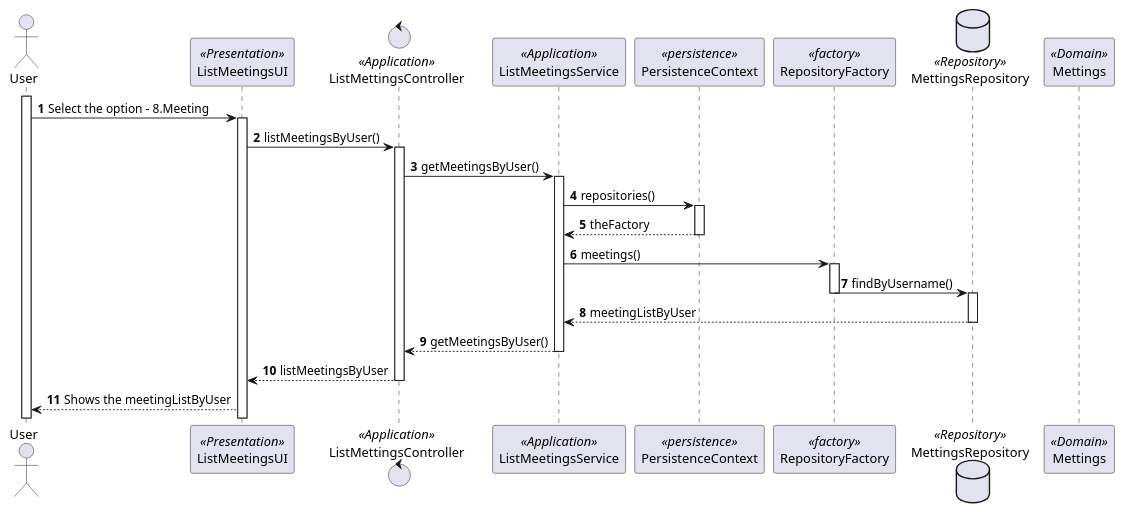
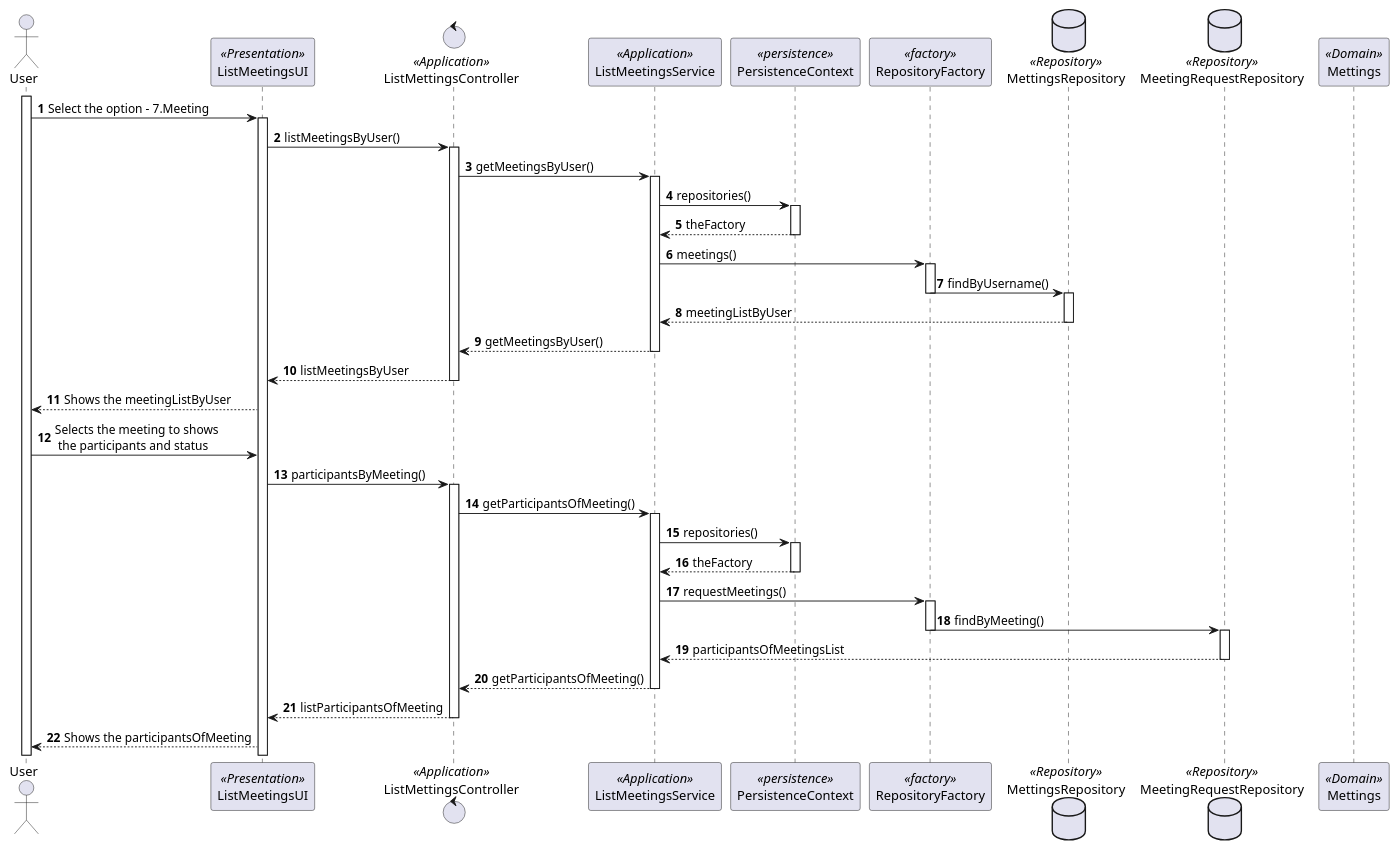
The diagram in docs/SPRINT C/US4004 - View a list of participants in my meeting and their status/Sequence_Diagram.puml (mascenso/isep-sem4-lapr4), drawn with PlantUML before and after one commit. The commit also changed 8 other files, not shown here.

```diff
--- a/docs/SPRINT C/US4004 - View a list of participants in my meeting and their status/Sequence_Diagram.puml
+++ b/docs/SPRINT C/US4004 - View a list of participants in my meeting and their status/Sequence_Diagram.puml
@@ -1,46 +1,66 @@
 @startuml
 'https://plantuml.com/sequence-diagram
 
 autonumber
 
 actor User
-participant ListMeetingsUI      as UI <<Presentation>>
-control ListMettingsController  as Controller <<Application>>
-participant ListMeetingsService as Service <<Application>>
-participant PersistenceContext  as Persistence <<persistence>>
-participant RepositoryFactory   as RepFactory <<factory>>
-database MettingsRepository     as Repository <<Repository>>
-participant "Mettings"          as Mettings <<Domain>>
+participant ListMeetingsUI          as UI <<Presentation>>
+control ListMettingsController      as Controller <<Application>>
+participant ListMeetingsService     as Service <<Application>>
+participant PersistenceContext      as Persistence <<persistence>>
+participant RepositoryFactory       as RepFactory <<factory>>
+database MettingsRepository         as Repository <<Repository>>
+database MeetingRequestRepository   as Repository2 <<Repository>>
+participant "Mettings"              as Mettings <<Domain>>
 
 activate User
-User -> UI                  : Select the option - 8.Meeting
+User -> UI                  : Select the option - 7.Meeting
 activate UI
 UI -> Controller            : listMeetingsByUser()
 activate Controller
 Controller -> Service       : getMeetingsByUser()
 
 activate Service
 Service -> Persistence      : repositories()
 activate Persistence
 Persistence --> Service     : theFactory
 deactivate Persistence
 Service -> RepFactory       : meetings()
 activate RepFactory
 RepFactory -> Repository    : findByUsername()
 deactivate RepFactory
 activate Repository
 Repository --> Service      : meetingListByUser
 deactivate Repository
 Service --> Controller      : getMeetingsByUser()
 deactivate Service
 Controller --> UI           : listMeetingsByUser
 deactivate Controller
-
-
 UI --> User                 : Shows the meetingListByUser
 
+User -> UI                  : Selects the meeting to shows\n the participants and status
+UI -> Controller            : participantsByMeeting()
+activate Controller
+Controller -> Service       : getParticipantsOfMeeting()
+activate Service
+Service -> Persistence      : repositories()
+activate Persistence
+Persistence --> Service     : theFactory
+deactivate Persistence
+Service -> RepFactory       : requestMeetings()
+activate RepFactory
+RepFactory -> Repository2    : findByMeeting()
+deactivate RepFactory
+activate Repository2
+Repository2 --> Service      : participantsOfMeetingsList
+deactivate Repository2
+Service --> Controller      : getParticipantsOfMeeting()
+deactivate Service
+Controller --> UI           : listParticipantsOfMeeting
+deactivate Controller
+UI --> User                 : Shows the participantsOfMeeting
 
 
 
 
 @enduml
```
